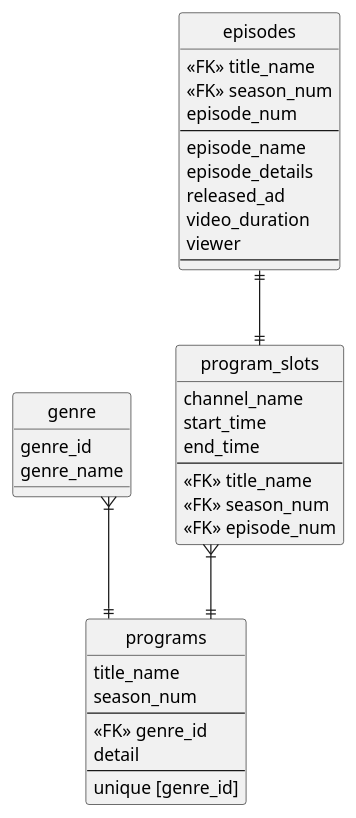
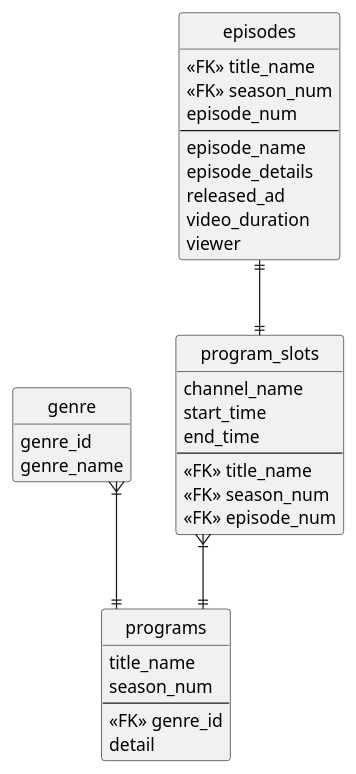
One commit to ryumasann/databese_practice changed the diagram in assignment/internet_TV.pu. Above: the diagram before and after it, drawn with PlantUML. The commit also changed 1 other file, not shown here.

```diff
--- a/assignment/internet_TV.pu
+++ b/assignment/internet_TV.pu
@@ -10,46 +9,44 @@
 @startuml internet_tv
 hide circle
+hide empty members
 skinparam linetype ortho
 
 entity program_slots {
     channel_name
     start_time
     end_time
     --
     <<FK>> title_name
     <<FK>> season_num
     <<FK>> episode_num
 }
 
 entity programs {
     title_name
     season_num
     --
     <<FK>> genre_id
     detail
-    --
-    unique [genre_id]
 }
 
 entity genre {
     genre_id
     genre_name
 }
 
 entity episodes {
     <<FK>> title_name
     <<FK>> season_num
     episode_num
     --
     episode_name
     episode_details
     released_ad
     video_duration
     viewer
-    --
 }
 
 program_slots }|--|| programs
 genre }|--|| programs
 episodes ||--|| program_slots
 @endumls
```
